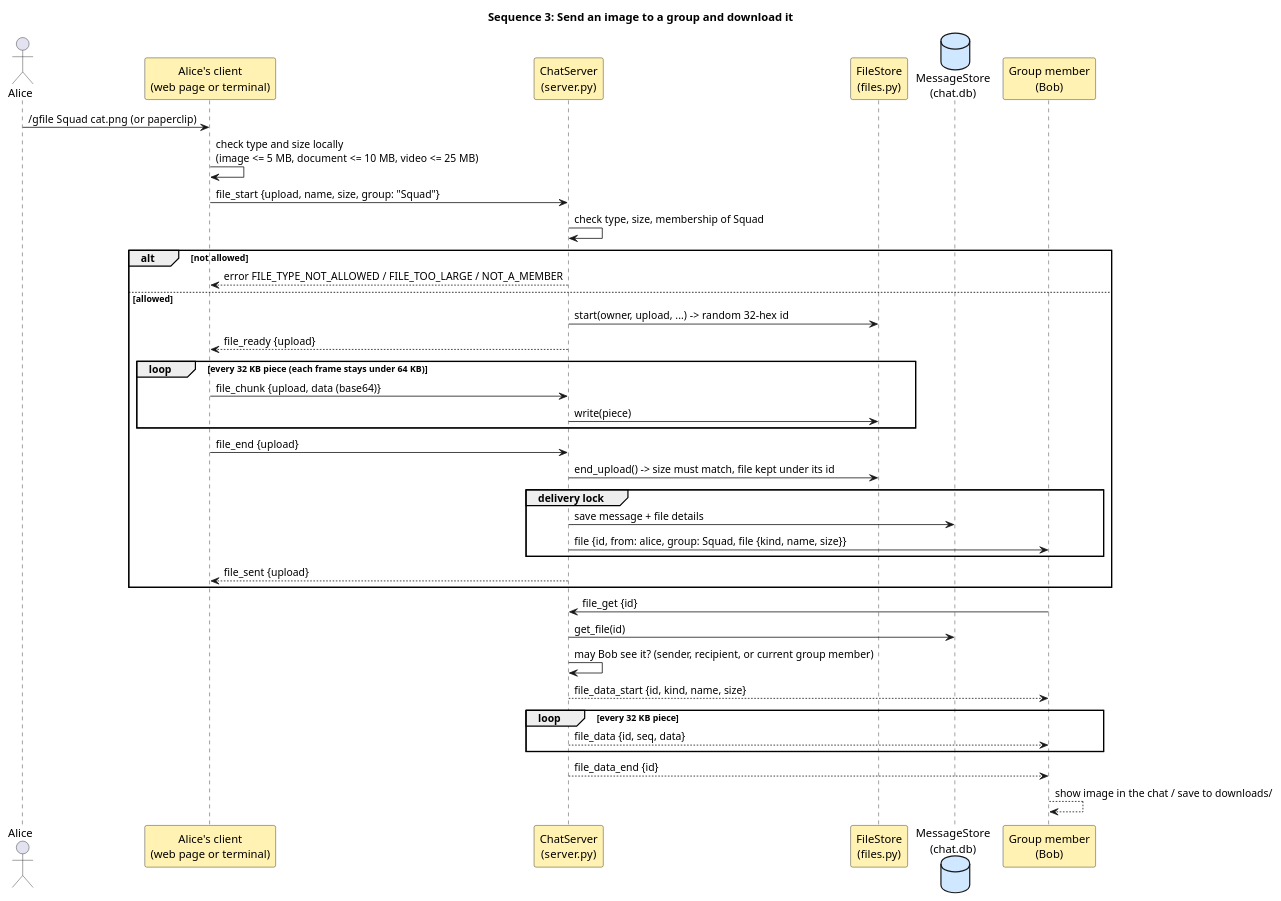
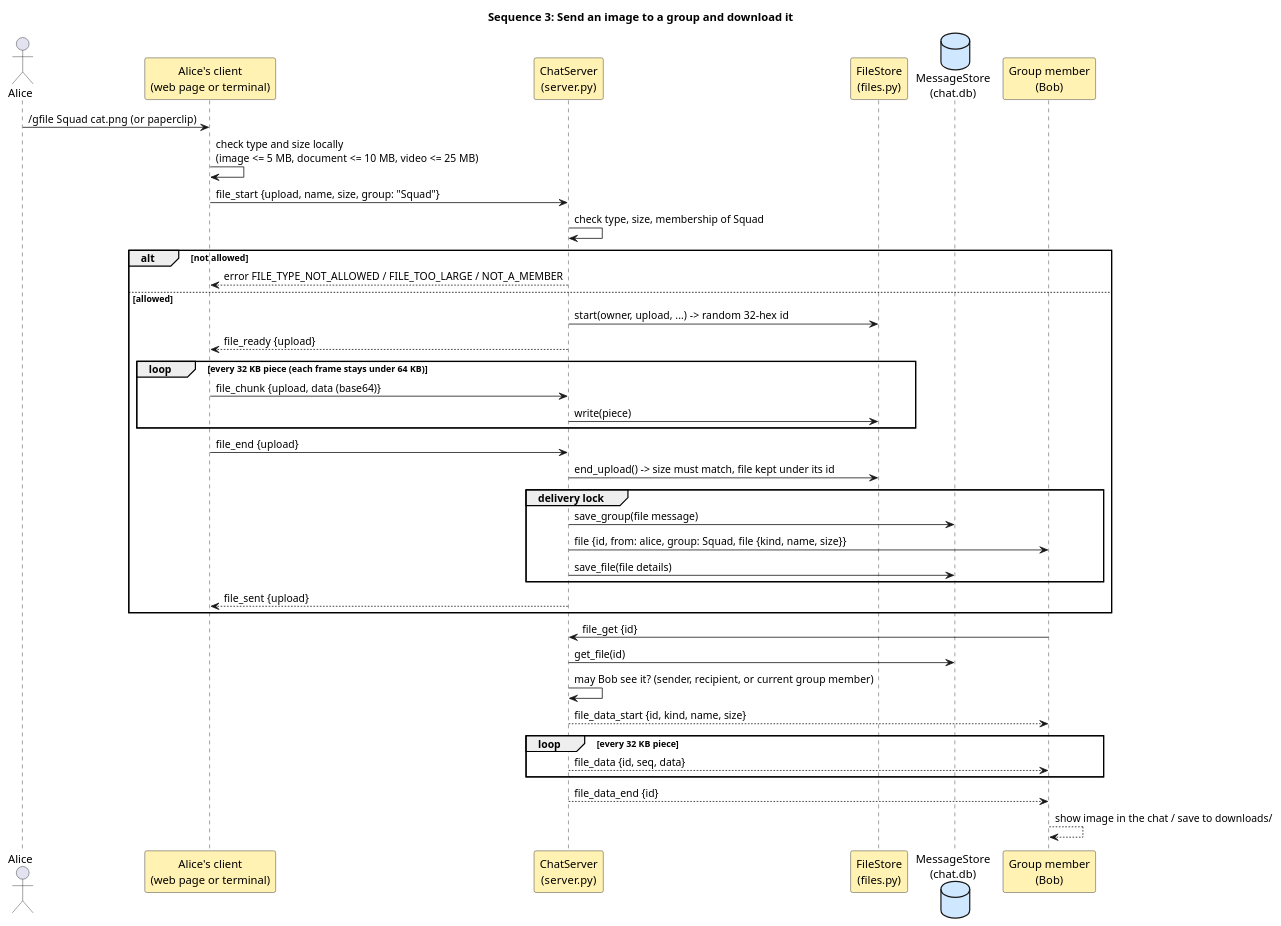
The diagram in Documents/diagrams/sequence_send_file.puml (Kabir7code/Chat-application-Socket-Programming-), drawn with PlantUML before and after one commit. The commit also changed 9 other files, not shown here.

```diff
--- a/Documents/diagrams/sequence_send_file.puml
+++ b/Documents/diagrams/sequence_send_file.puml
@@ -1,46 +1,47 @@
 @startuml
 ' Sequence diagram 3: sending a file to a group and downloading it
 title Sequence 3: Send an image to a group and download it
 skinparam shadowing false
 skinparam sequenceMessageAlign left
 skinparam ParticipantBackgroundColor #FFF2B3
 skinparam DatabaseBackgroundColor #CFE8FF
 actor Alice
 participant "Alice's client\n(web page or terminal)" as CA
 participant "ChatServer\n(server.py)" as S
 participant "FileStore\n(files.py)" as F
 database "MessageStore\n(chat.db)" as DB
 participant "Group member\n(Bob)" as CB
 
 Alice -> CA : /gfile Squad cat.png  (or paperclip)
 CA -> CA : check type and size locally\n(image <= 5 MB, document <= 10 MB, video <= 25 MB)
 CA -> S : file_start {upload, name, size, group: "Squad"}
 S -> S : check type, size, membership of Squad
 alt not allowed
   S --> CA : error FILE_TYPE_NOT_ALLOWED / FILE_TOO_LARGE / NOT_A_MEMBER
 else allowed
   S -> F : start(owner, upload, ...) -> random 32-hex id
   S --> CA : file_ready {upload}
   loop every 32 KB piece (each frame stays under 64 KB)
     CA -> S : file_chunk {upload, data (base64)}
     S -> F : write(piece)
   end
   CA -> S : file_end {upload}
   S -> F : end_upload() -> size must match, file kept under its id
   group delivery lock
-    S -> DB : save message + file details
+    S -> DB : save_group(file message)
     S -> CB : file {id, from: alice, group: Squad, file {kind, name, size}}
+    S -> DB : save_file(file details)
   end
   S --> CA : file_sent {upload}
 end
 
 CB -> S : file_get {id}
 S -> DB : get_file(id)
 S -> S : may Bob see it? (sender, recipient, or current group member)
 S --> CB : file_data_start {id, kind, name, size}
 loop every 32 KB piece
   S --> CB : file_data {id, seq, data}
 end
 S --> CB : file_data_end {id}
 CB --> CB : show image in the chat / save to downloads/
 @enduml
```
